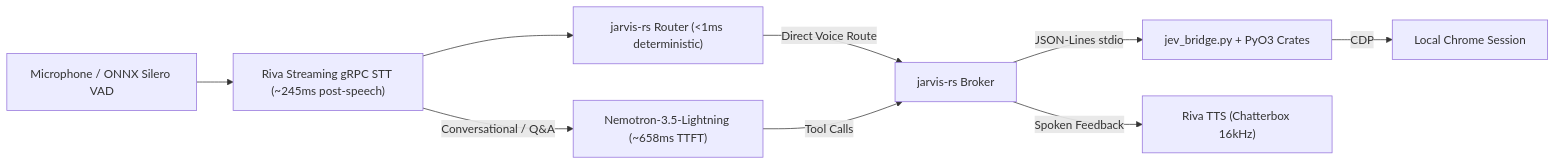
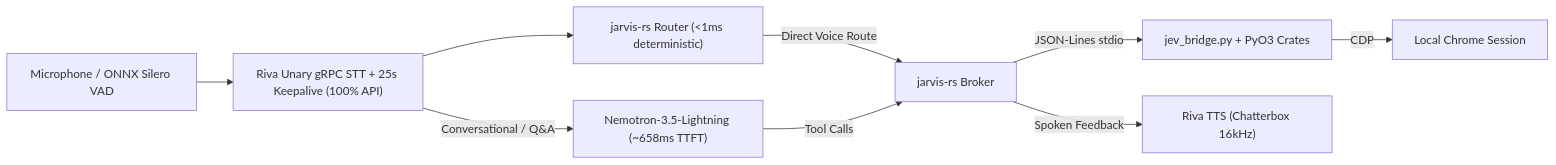
One commit to hackerabi2005/ai changed the diagram in HANDOFF.md. Above: the diagram before and after it, drawn with Mermaid. The commit also changed other lines of this file and 3 other files, not shown here.

Commit message:
Fix 41s Riva streaming timeout cascade with unary gRPC, 25s keepalive, and RMS silence gate

````diff
--- a/HANDOFF.md
+++ b/HANDOFF.md
@@ -12,11 +12,11 @@
 ```mermaid
 flowchart LR
-    Mic["Microphone / ONNX Silero VAD"] --> STT["Riva Streaming gRPC STT (~245ms post-speech)"]
+    Mic["Microphone / ONNX Silero VAD"] --> STT["Riva Unary gRPC STT + 25s Keepalive (100% API)"]
     STT --> Router["jarvis-rs Router (<1ms deterministic)"]
     Router -->|Direct Voice Route| Broker["jarvis-rs Broker"]
     STT -->|Conversational / Q&A| LLM["Nemotron-3.5-Lightning (~658ms TTFT)"]
     LLM -->|Tool Calls| Broker
     Broker -->|JSON-Lines stdio| Bridge["jev_bridge.py + PyO3 Crates"]
     Bridge -->|CDP| Chrome["Local Chrome Session"]
     Broker -->|Spoken Feedback| TTS["Riva TTS (Chatterbox 16kHz)"]
 ```
````
